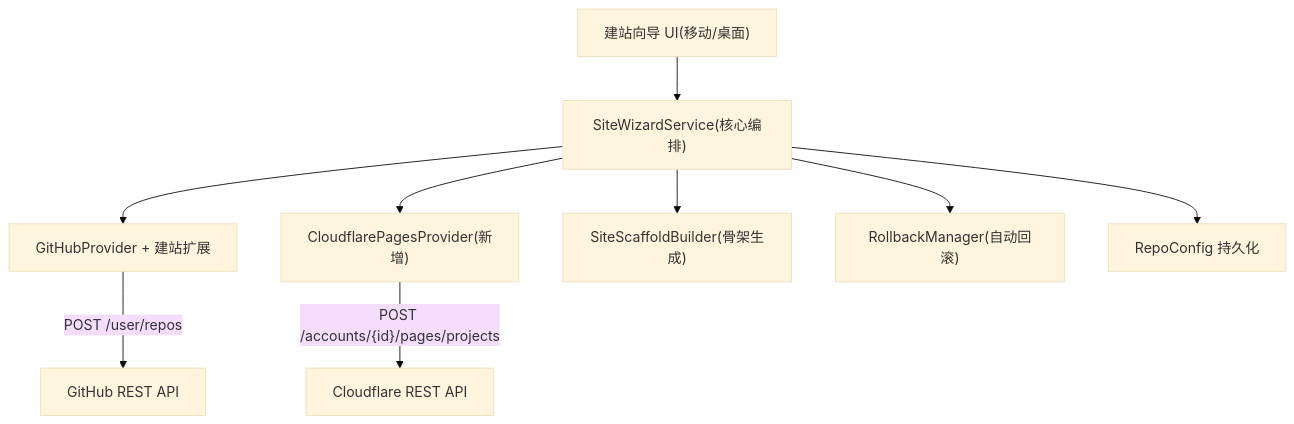
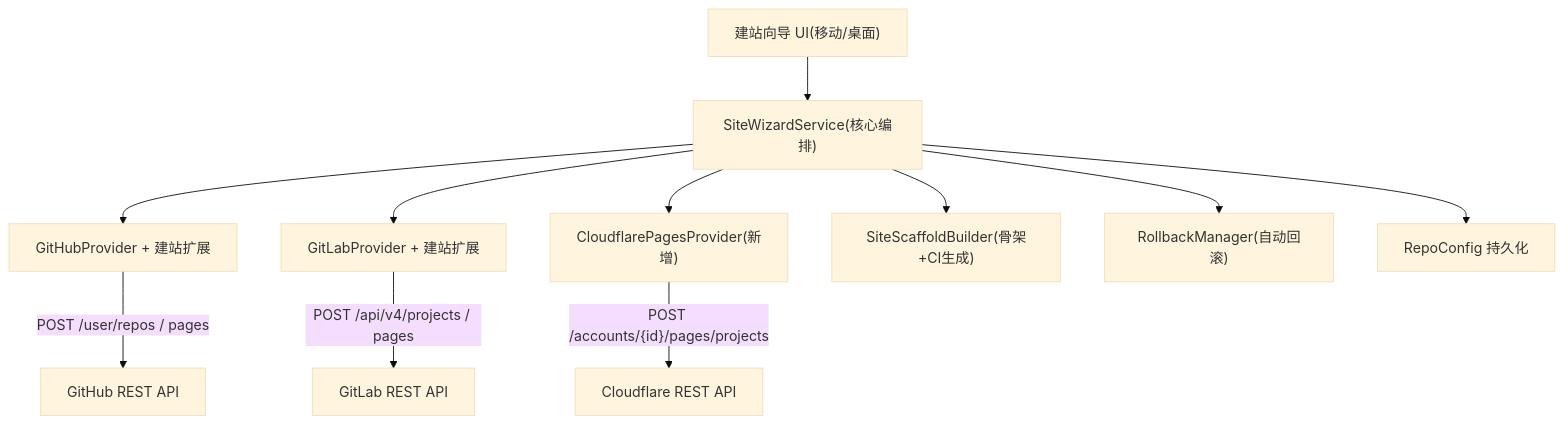
One commit to caogenfunan123/hexo changed the diagram in .monkeycode/specs/one-click-site-wizard/design.md. Above: the diagram before and after it, drawn with Mermaid (base theme). The commit also changed other lines of this file and 1 other file, not shown here.

First line of the commit message:
docs: 建站向导扩充为三引擎——GitHub Pages / GitLab Pages(零人工纯令牌) + Cloudflare(半自动引导)

````diff
--- a/.monkeycode/specs/one-click-site-wizard/design.md
+++ b/.monkeycode/specs/one-click-site-wizard/design.md
@@ -16,19 +23,22 @@
 ```mermaid
 graph TD
     W["建站向导 UI(移动/桌面)"]
     S["SiteWizardService(核心编排)"]
     GH["GitHubProvider + 建站扩展"]
+    GL["GitLabProvider + 建站扩展"]
     CF["CloudflarePagesProvider(新增)"]
-    SK["SiteScaffoldBuilder(骨架生成)"]
+    SK["SiteScaffoldBuilder(骨架+CI生成)"]
     RB["RollbackManager(自动回滚)"]
     ST["RepoConfig 持久化"]
 
     W --> S
     S --> GH
+    S --> GL
     S --> CF
     S --> SK
     S --> RB
     S --> ST
-    GH -->|"POST /user/repos"| GHAPI["GitHub REST API"]
+    GH -->|"POST /user/repos / pages"| GHAPI["GitHub REST API"]
+    GL -->|"POST /api/v4/projects / pages"| GLAPI["GitLab REST API"]
     CF -->|"POST /accounts/{id}/pages/projects"| CFAPI["Cloudflare REST API"]
 ```
````
